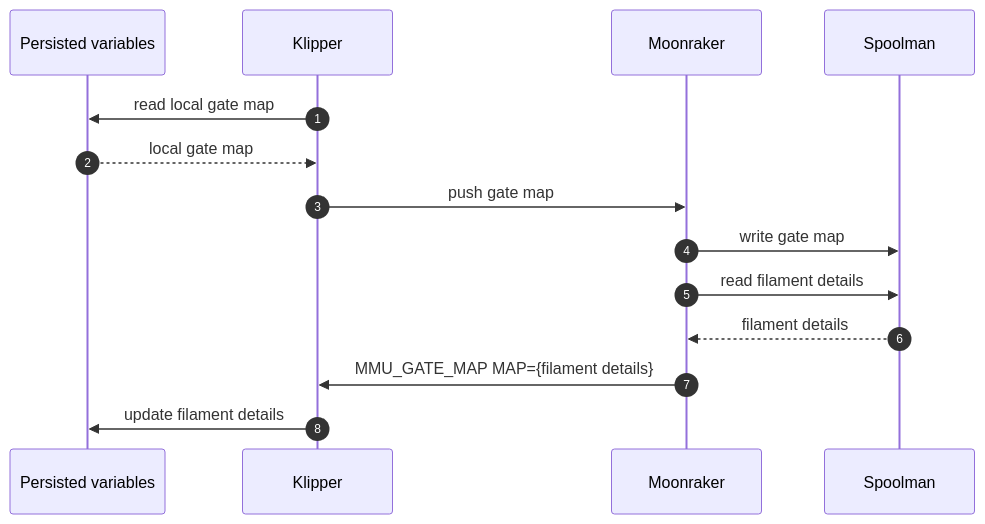
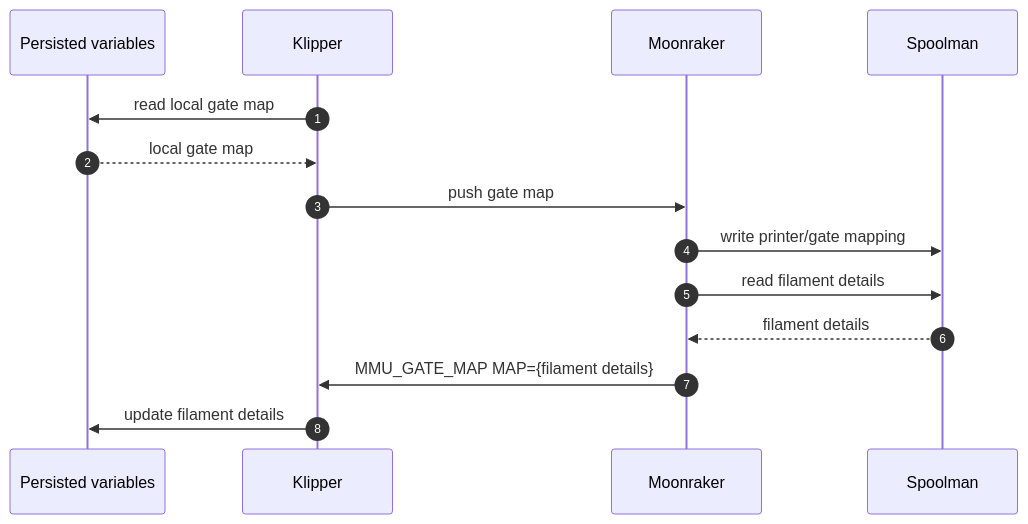
The third of 6 diagrams in Spoolman-Support.md (3DCoded/Happy-Hare), drawn with Mermaid before and after one commit.

Commit message:
Updated Spoolman Support (markdown)

````diff
--- a/Spoolman-Support.md
+++ b/Spoolman-Support.md
@@ -123,17 +123,17 @@
 ```mermaid
 sequenceDiagram
     autonumber
     participant L as Persisted variables
     participant K as Klipper
     participant M as Moonraker
     participant S as Spoolman
 
     K->>L: read local gate map
     L-->>K: local gate map
     K->>M: push gate map
-    M->>S: write gate map
+    M->>S: write printer/gate mapping
     M->>S: read filament details
     S-->>M: filament details
     M->>K: MMU_GATE_MAP MAP={filament details}
     K->>L: update filament details
 ```
````
